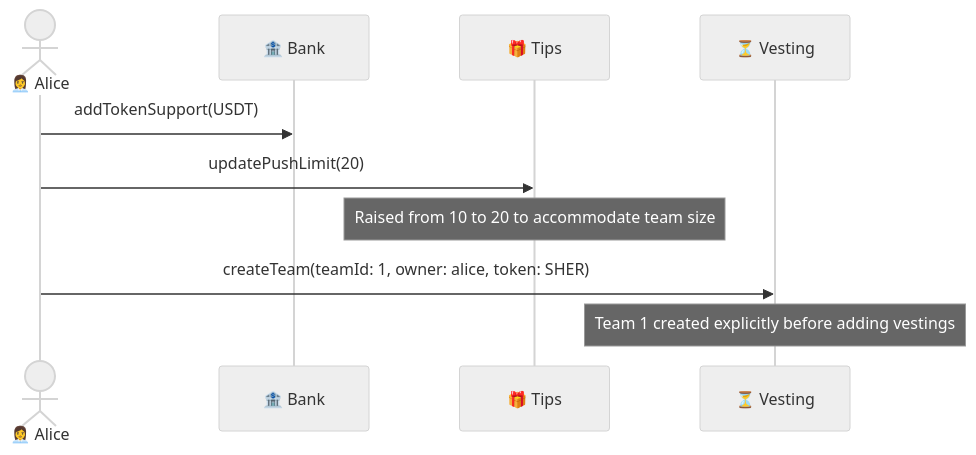
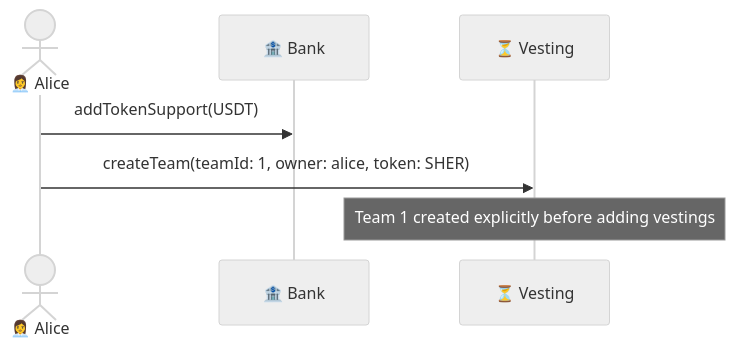
One commit to globe-and-citizen/cnc-portal changed the eighth of 35 diagrams in contract/SCENARIO_COMPLET.md. Above: the diagram before and after it, drawn with Mermaid (neutral theme). The commit also changed other lines of this file and 56 other files, not shown here.

````diff
--- a/contract/SCENARIO_COMPLET.md
+++ b/contract/SCENARIO_COMPLET.md
@@ -178,14 +176,11 @@
 ```mermaid
 sequenceDiagram
     actor Alice as 👩‍💼 Alice
     participant Bank as 🏦 Bank
-    participant Tips as 🎁 Tips
     participant Vest as ⏳ Vesting
 
     Alice->>Bank: addTokenSupport(USDT)
-    Alice->>Tips: updatePushLimit(20)
-    Note over Tips: Raised from 10 to 20 to accommodate team size
 
     Alice->>Vest: createTeam(teamId: 1, owner: alice, token: SHER)
     Note over Vest: Team 1 created explicitly before adding vestings
 ```
````
